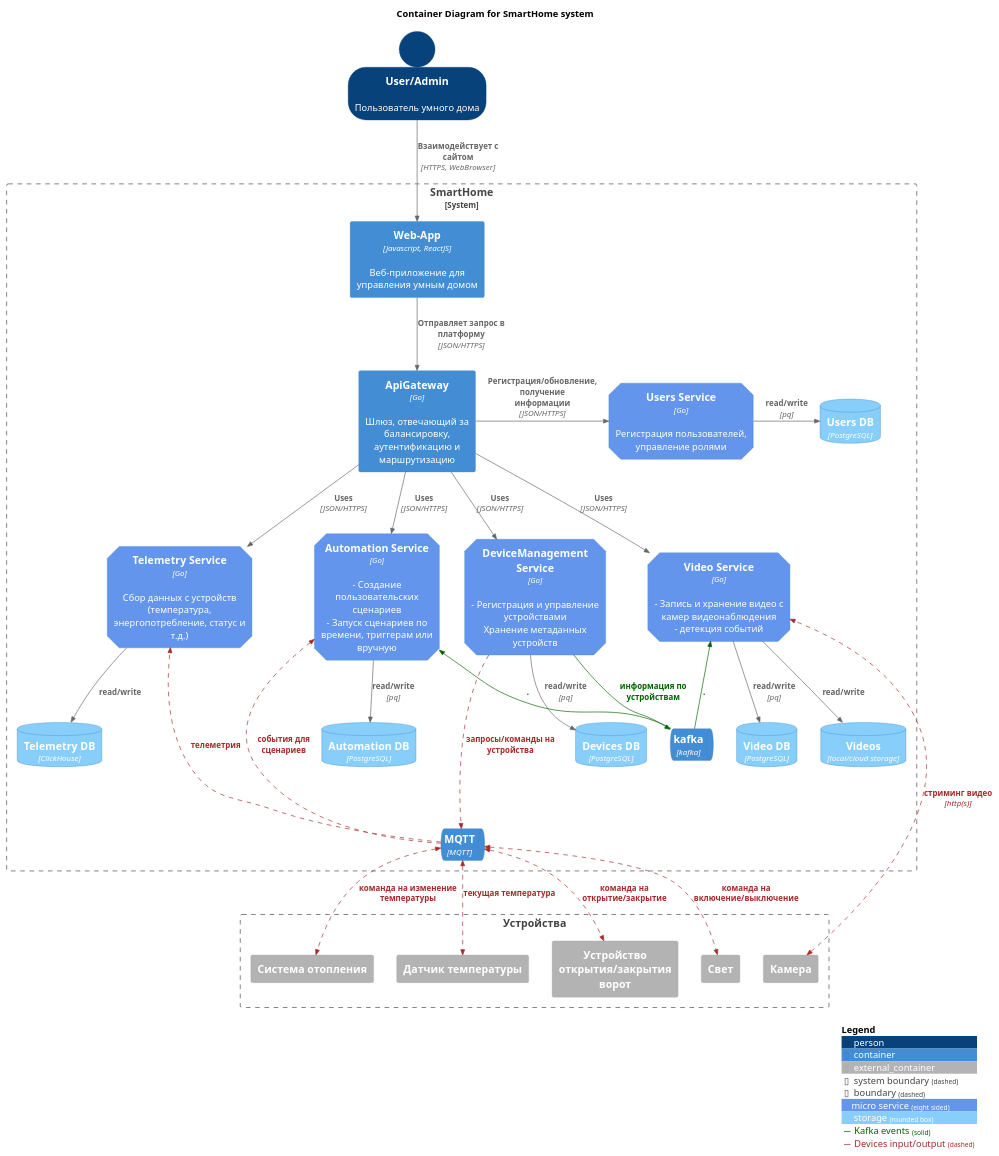
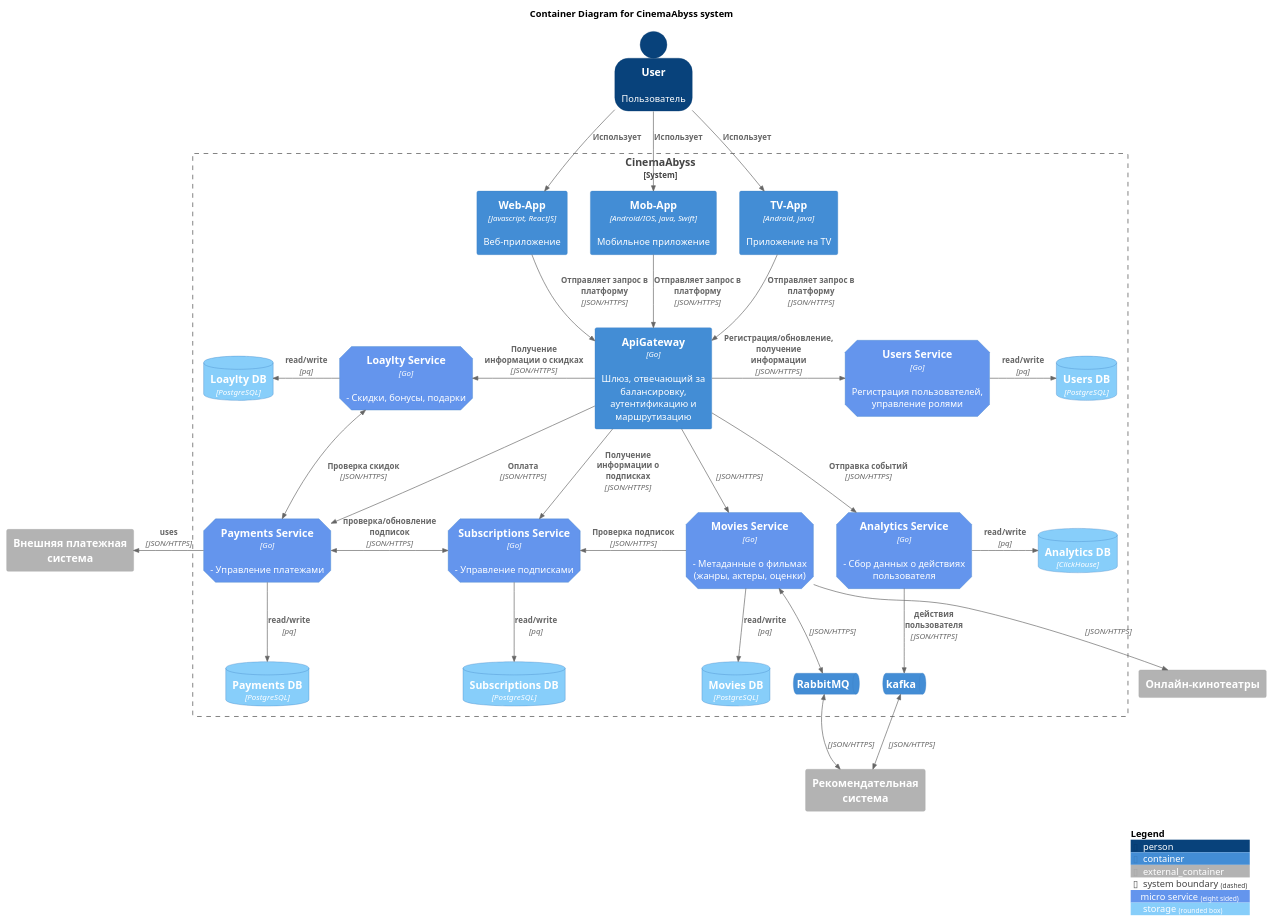
One commit to alexrigin/architecture-cinemaabyss changed the diagram in diagrams/container/cinema_abyss_container_tobe.puml. Above: the diagram before and after it, drawn with PlantUML. The commit also changed 3 other files, not shown here.

```diff
--- a/diagrams/container/cinema_abyss_container_tobe.puml
+++ b/diagrams/container/cinema_abyss_container_tobe.puml
@@ -1,89 +1,90 @@
 @startuml
 
 !include https://raw.githubusercontent.com/plantuml-stdlib/C4-PlantUML/master/C4_Container.puml
 
-title Container Diagram for SmartHome system
+title Container Diagram for CinemaAbyss system
 
 AddElementTag("microService", $shape=EightSidedShape(), $bgColor="CornflowerBlue", $fontColor="white", $legendText="micro service\neight sided")
 AddElementTag("storage", $shape=RoundedBoxShape(), $bgColor="lightSkyBlue", $fontColor="white")
 AddRelTag("Kafka events", $textColor="darkgreen", $lineColor="darkgreen", $lineStyle = SolidLine())
 AddRelTag("Devices input/output", $textColor="brown", $lineColor="brown", $lineStyle = DashedLine())
 
 SHOW_PERSON_OUTLINE()
 
-Person(user, User/Admin, "Пользователь умного дома")
+Person(user, User, "Пользователь")
 
-System_Boundary(c1, "SmartHome") {
-    Container(web_app, "Web-App", "Javascript, ReactJS", "Веб-приложение для управления умным домом")
+System_Boundary(c1, "CinemaAbyss") {
+
+    Container(web_app, "Web-App", "Javascript, ReactJS", "Веб-приложение")
+    Container(mob_app, "Mob-App", "Android/IOS, java, Swift", "Мобильное приложение")
+    Container(tv_app, "TV-App", "Android, java", "Приложение на TV")
 
     Container(api_gateway, "ApiGateway", "Go", "Шлюз, отвечающий за балансировку, аутентификацию и маршрутизацию")
 
     'Container(auth_service, "Auth Service", "Go", "Аутентификация", $tags = "microService")
 
     Container(users_service, "Users Service", "Go", "Регистрация пользователей, управление ролями", $tags = "microService")
     ContainerDb(users_db, "Users DB", "PostgreSQL", "", $tags = "storage")
+    Rel_R(users_service, users_db, "read/write", "pq")
 
-    Container(device_management_service, "DeviceManagement Service", "Go", "- Регистрация и управление устройствами\nХранение метаданных устройств", $tags = "microService")
-    ContainerDb(devices_db, "Devices DB", "PostgreSQL", "", $tags = "storage")
+    Container(loaylty_service, "Loaylty Service", "Go", "- Скидки, бонусы, подарки", $tags = "microService")
+    ContainerDb(loaylty_db, "Loaylty DB", "PostgreSQL", "", $tags = "storage")
+    Rel_L(loaylty_service, loaylty_db, "read/write", "pq")
 
-    Container(automation_service, "Automation Service", "Go", "- Создание пользовательских сценариев\n- Запуск сценариев по времени, триггерам или вручную", $tags = "microService")
-    ContainerDb(automation_db, "Automation DB", "PostgreSQL", "", $tags = "storage")
+    Container(subscriptions_service, "Subscriptions Service", "Go", "- Управление подписками", $tags = "microService")
+    ContainerDb(subscriptions_db, "Subscriptions DB", "PostgreSQL", "", $tags = "storage")
+    Rel(subscriptions_service, subscriptions_db, "read/write", "pq")
 
-    Container(video_service, "Video Service", "Go", "- Запись и хранение видео с камер видеонаблюдения\n- детекция событий", $tags = "microService")
-    ContainerDb(video_db, "Video DB", "PostgreSQL", "", $tags = "storage")
-    ContainerDb(video_storage, "Videos", "local/cloud storage", "", $tags = "storage")
+    Container(payments_service, "Payments Service", "Go", "- Управление платежами", $tags = "microService")
+    ContainerDb(payments_db, "Payments DB", "PostgreSQL", "", $tags = "storage")
+    Rel(payments_service, payments_db, "read/write", "pq")
 
-    Container(telemetry_service, "Telemetry Service", "Go", "Сбор данных с устройств (температура, энергопотребление, статус и т.д.)", $tags = "microService")
-    ContainerDb(telemetry_db, "Telemetry DB", "ClickHouse", "", $tags = "storage")
-    ContainerQueue(kafka, "kafka", "kafka")
-    ContainerQueue(mqtt, "MQTT", "MQTT")
+    Container(movies_service, "Movies Service", "Go", "- Метаданные о фильмах (жанры, актеры, оценки)", $tags = "microService")
+    ContainerDb(movies_db, "Movies DB", "PostgreSQL", "", $tags = "storage")
+    Rel(movies_service, movies_db, "read/write", "pq")
+
+    Container(analytics_service, "Analytics Service", "Go", "- Сбор данных о действиях пользователя", $tags = "microService")
+    ContainerDb(analytics_db, "Analytics DB", "ClickHouse", "", $tags = "storage")
+    Rel_R(analytics_service, analytics_db, "read/write", "pq")
+
+    ContainerQueue(rabbit, "RabbitMQ", "")
+    ContainerQueue(kafka, "kafka", "")
 }
 
-Boundary(c2, "Устройства") {
-    Container_Ext(gate, "Устройство открытия/закрытия ворот")
-    Container_Ext(light, "Свет")
-    Container_Ext(camera, "Камера")
-    Container_Ext(heating_system, "Система отопления")
-    Container_Ext(temperature_sensor, "Датчик температуры")
-}
+Container_Ext(payment_system, "Внешняя платежная система")
+Container_Ext(cinema_platform, "Онлайн-кинотеатры")
+Container_Ext(recommender_system, "Рекомендательная система")
 
-Rel_D(user, web_app, "Взаимодействует с сайтом", "HTTPS, WebBrowser")
+
+Rel_D(user, web_app, "Использует")
+Rel_D(user, mob_app, "Использует")
+Rel_D(user, tv_app, "Использует")
+
 Rel_D(web_app, api_gateway, "Отправляет запрос в платформу", "JSON/HTTPS")
+Rel_D(mob_app, api_gateway, "Отправляет запрос в платформу", "JSON/HTTPS")
+Rel_D(tv_app, api_gateway, "Отправляет запрос в платформу", "JSON/HTTPS")
 
-'Rel_R(api_gateway, auth_service, "-получение токена\n-валидация токена", "JSON/HTTPS")
 Rel_R(api_gateway, users_service, "Регистрация/обновление, получение информации", "JSON/HTTPS")
-Rel(api_gateway, automation_service, "Uses", "JSON/HTTPS")
-Rel(api_gateway, device_management_service, "Uses", "JSON/HTTPS")
-Rel(api_gateway, telemetry_service, "Uses", "JSON/HTTPS")
-Rel(api_gateway, video_service, "Uses", "JSON/HTTPS")
-'Rel_R(auth_service, users_service, "Проверка пользователя/кредов", "JSON/HTTPS")
-Rel_R(users_service, users_db, "read/write", "pq")
-Rel_D(device_management_service, devices_db, "read/write", "pq")
-Rel(automation_service, automation_db, "read/write", "pq")
-Rel(telemetry_service, telemetry_db, "read/write")
-Rel(video_service, video_db, "read/write", "pq")
-Rel(video_service, video_storage, "read/write", "")
+Rel_L(api_gateway, loaylty_service, "Получение информации о скидках", "JSON/HTTPS")
+Rel(api_gateway, payments_service, "Оплата", "JSON/HTTPS")
+Rel(api_gateway, subscriptions_service, "Получение информации о подписках", "JSON/HTTPS")
 
-Rel(device_management_service, kafka, "информация по устройствам", "", $tags = "Kafka events")
-Rel(kafka, automation_service, ".", "", $tags = "Kafka events")
-Rel(kafka, video_service, ".", "", $tags = "Kafka events")
+BiRel_U(payments_service, loaylty_service, "Проверка скидок", "JSON/HTTPS")
+BiRel_R(payments_service, subscriptions_service, "проверка/обновление подписок", "JSON/HTTPS")
+Rel_L(payments_service, payment_system, "uses", "JSON/HTTPS")
 
-Rel(mqtt, telemetry_service, "телеметрия", $tags = "Devices input/output")
-Rel(device_management_service, mqtt, "запросы/команды на устройства", $tags = "Devices input/output")
-Rel(mqtt, automation_service, "события для сценариев", $tags = "Devices input/output")
+Rel(api_gateway, movies_service, " ", "JSON/HTTPS")
+Rel_L(movies_service, subscriptions_service, "Проверка подписок", "JSON/HTTPS")
+Rel(movies_service, cinema_platform, " ", "JSON/HTTPS")
 
-BiRel(camera, video_service, "стриминг видео", "http(s)", $tags = "Devices input/output")
-BiRel(mqtt, light, "команда на включение/выключение", $tags = "Devices input/output")
-BiRel(mqtt, gate, "команда на открытие/закрытие", $tags = "Devices input/output")
-BiRel(mqtt, heating_system, "команда на изменение температуры", $tags = "Devices input/output")
-BiRel(mqtt, temperature_sensor, "текущая температура", $tags = "Devices input/output")
+BiRel(movies_service, rabbit, " ", "JSON/HTTPS")
 
-Lay_U(kafka, video_service)
-Lay_R(telemetry_service, automation_service )
-Lay_R(automation_service, device_management_service)
-Lay_R(device_management_service, video_service)
-Lay_D(kafka,mqtt)
+BiRel(rabbit, recommender_system, " ", "JSON/HTTPS")
+
+Rel(api_gateway, analytics_service, "Отправка событий", "JSON/HTTPS")
+Rel(analytics_service, kafka, "действия пользователя", "JSON/HTTPS")
+BiRel_D(kafka, recommender_system, " ", "JSON/HTTPS")
 
 SHOW_LEGEND()
 
 @enduml
```
